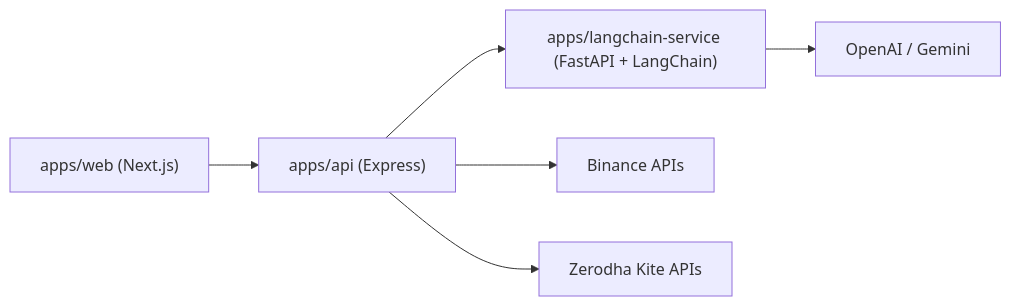
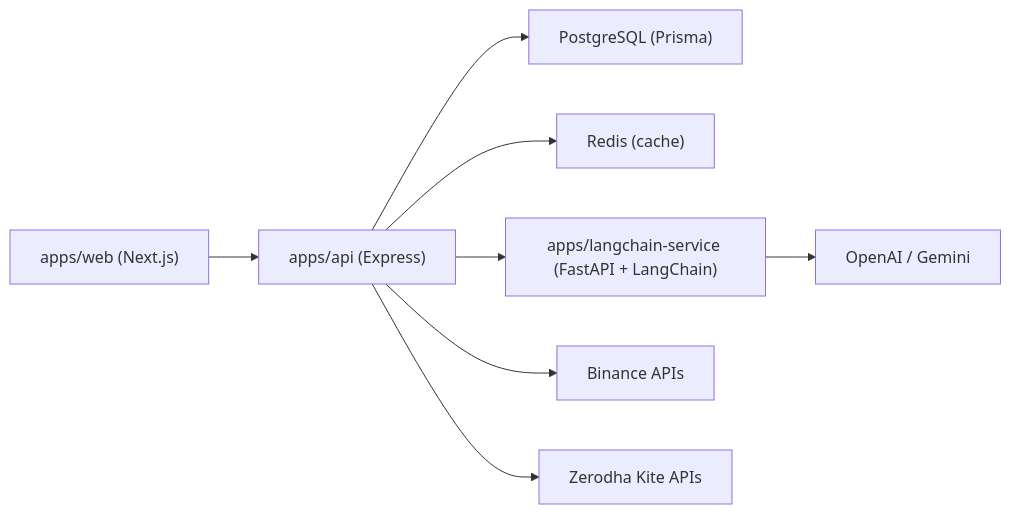
One commit to ManikLakhanpal/AssetLens changed the diagram in README.md. Above: the diagram before and after it, drawn with Mermaid. The commit also changed other lines of this file and 6 other files, not shown here.

First line of the commit message:
docs: align READMEs with auth, Prisma, Redis, and per-user brokers

````diff
--- a/README.md
+++ b/README.md
@@ -16,8 +17,10 @@
 ```mermaid
 flowchart LR
   Web["apps/web (Next.js)"] --> Api["apps/api (Express)"]
+  Api --> Pg["PostgreSQL (Prisma)"]
+  Api --> Redis["Redis (cache)"]
   Api --> FastApi["apps/langchain-service (FastAPI + LangChain)"]
   FastApi --> LLM["OpenAI / Gemini"]
   Api --> Binance["Binance APIs"]
   Api --> Zerodha["Zerodha Kite APIs"]
 ```
````
